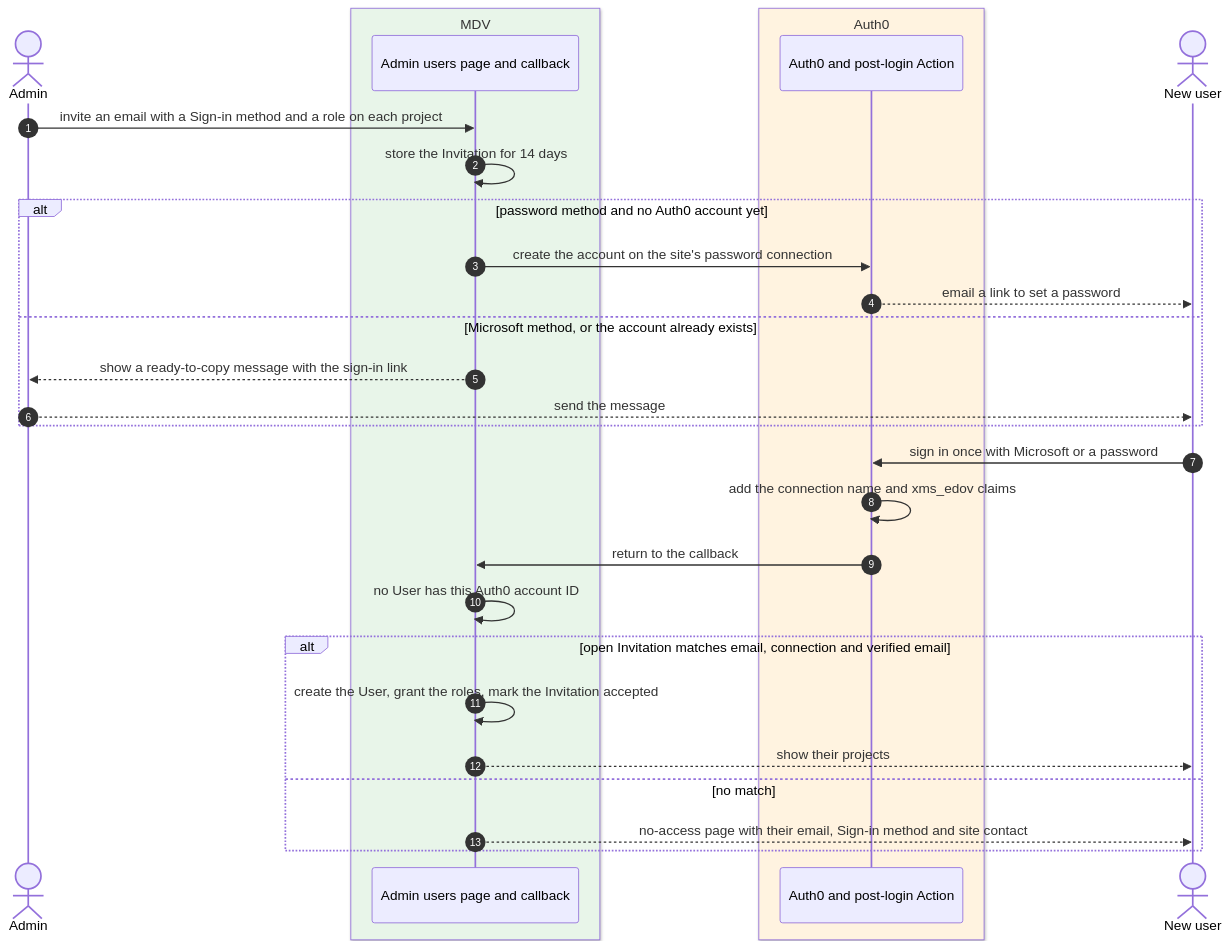
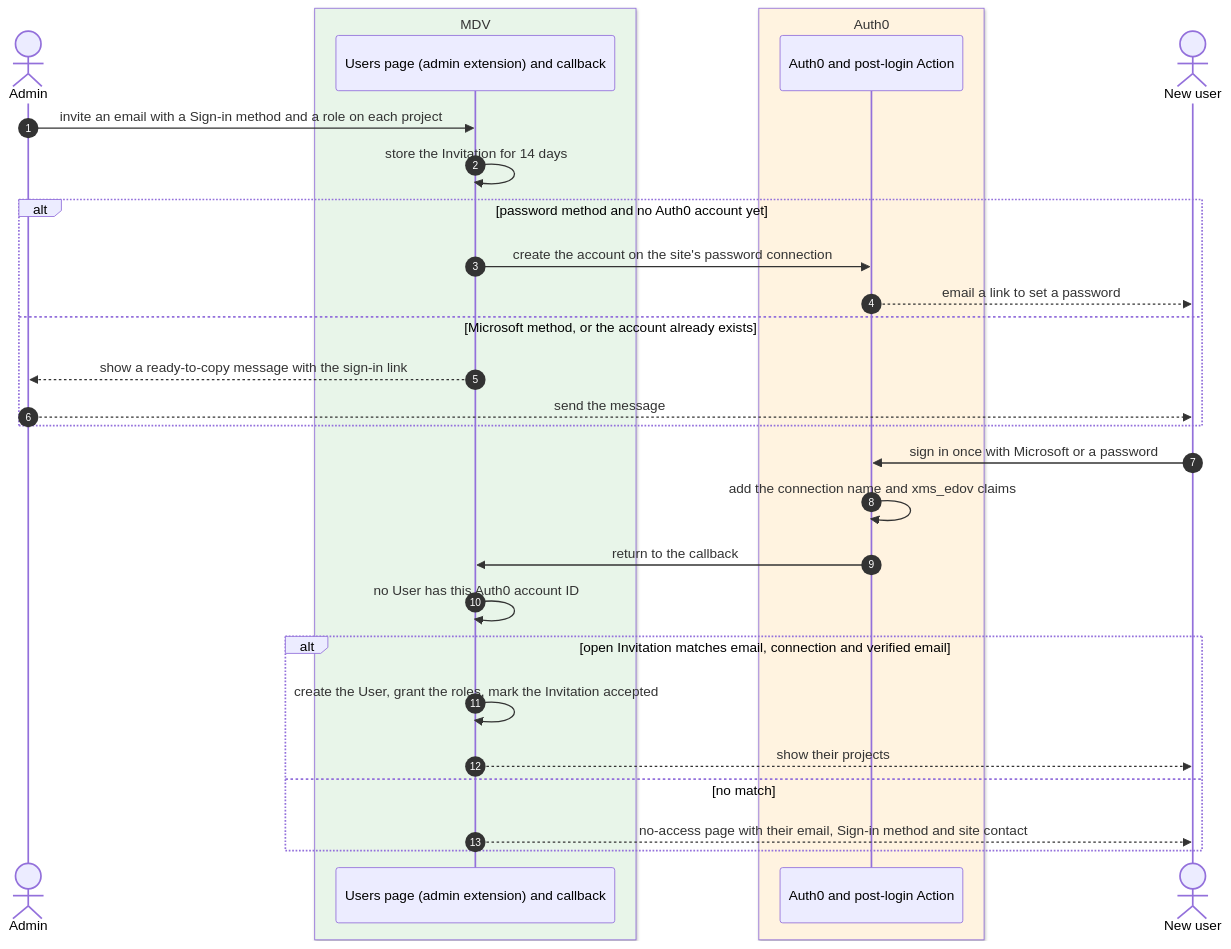
One commit to Taylor-CCB-Group/MDV changed the second of 2 diagrams in docs/adr/0019-mdv-owns-users-auth0-only-signs-in.md. Above: the diagram before and after it, drawn with Mermaid. The commit also changed other lines of this file and 1 other file, not shown here.

First line of the commit message:
Record that an admin extension provides the users page

````diff
--- a/docs/adr/0019-mdv-owns-users-auth0-only-signs-in.md
+++ b/docs/adr/0019-mdv-owns-users-auth0-only-signs-in.md
@@ -82,32 +85,32 @@
 ```mermaid
 sequenceDiagram
     autonumber
     actor A as Admin
     box rgb(232, 245, 233) MDV
-        participant M as Admin users page and callback
+        participant M as Users page (admin extension) and callback
     end
     box rgb(255, 243, 224) Auth0
         participant Z as Auth0 and post-login Action
     end
     actor P as New user
 
     A->>M: invite an email with a Sign-in method and a role on each project
     M->>M: store the Invitation for 14 days
     alt password method and no Auth0 account yet
         M->>Z: create the account on the site's password connection
         Z-->>P: email a link to set a password
     else Microsoft method, or the account already exists
         M-->>A: show a ready-to-copy message with the sign-in link
         A-->>P: send the message
     end
     P->>Z: sign in once with Microsoft or a password
     Z->>Z: add the connection name and xms_edov claims
     Z->>M: return to the callback
     M->>M: no User has this Auth0 account ID
     alt open Invitation matches email, connection and verified email
         M->>M: create the User, grant the roles, mark the Invitation accepted
         M-->>P: show their projects
     else no match
         M-->>P: no-access page with their email, Sign-in method and site contact
     end
 ```
````
